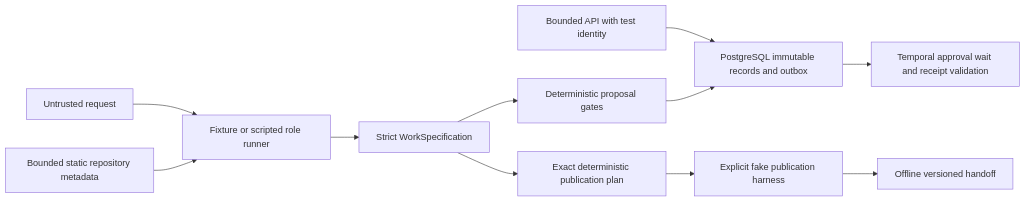
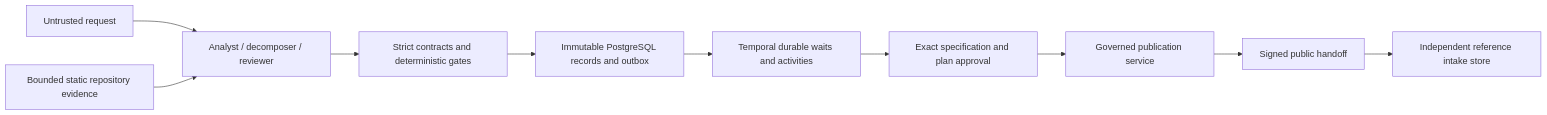
The diagram in docs/architecture.md (ahines99/agentic-product-ops), drawn with Mermaid before and after one commit. The commit also changed other lines of this file and 85 other files, not shown here.

Commit message:
Complete offline governance, native publication, and signed handoff foundation

````diff
--- a/docs/architecture.md
+++ b/docs/architecture.md
@@ -5,13 +5,12 @@
 ```mermaid
 flowchart LR
-    Source[Untrusted request] --> Fixture[Fixture or scripted role runner]
-    Repo[Bounded static repository metadata] --> Fixture
-    Fixture --> Spec[Strict WorkSpecification]
-    Spec --> Gates[Deterministic proposal gates]
-    API[Bounded API with test identity] --> PG[PostgreSQL immutable records and outbox]
-    Gates --> PG
-    PG --> Temporal[Temporal approval wait and receipt validation]
-    Spec --> Plan[Exact deterministic publication plan]
-    Plan --> Sim[Explicit fake publication harness]
-    Sim --> Handoff[Offline versioned handoff]
+    Source[Untrusted request] --> Roles[Analyst / decomposer / reviewer]
+    Repo[Bounded static repository evidence] --> Roles
+    Roles --> Gates[Strict contracts and deterministic gates]
+    Gates --> Store[Immutable PostgreSQL records and outbox]
+    Store --> Temporal[Temporal durable waits and activities]
+    Temporal --> Human[Exact specification and plan approval]
+    Human --> Publisher[Governed publication service]
+    Publisher --> Artifact[Signed public handoff]
+    Artifact --> Consumer[Independent reference intake store]
 ```
````
